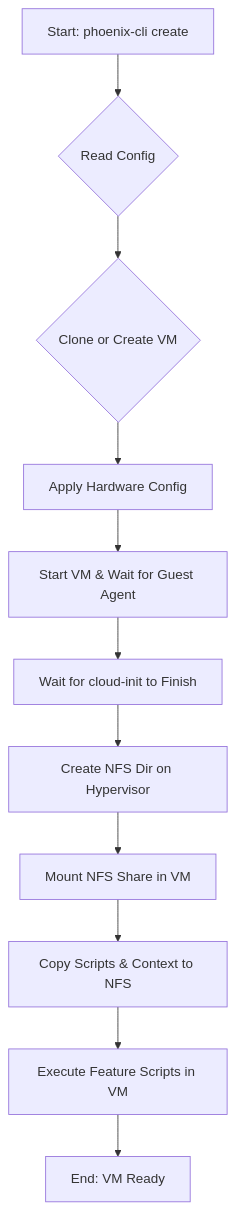
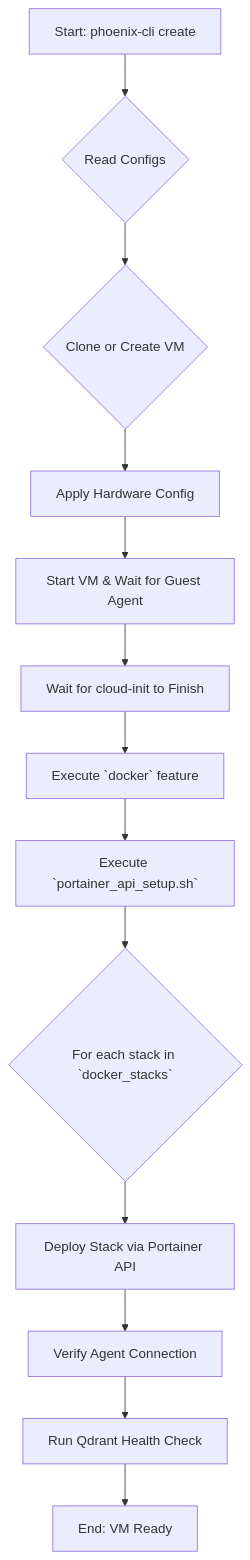
Before and after one commit to SirHeads/Testing-ideas: the diagram in Thinkheads.AI_docs/03_phoenix_hypervisor_implementation/00_guides/15_vm_creation_guide.md, drawn with Mermaid. The commit also changed other lines of this file and 31 other files, not shown here.

````diff
--- a/Thinkheads.AI_docs/03_phoenix_hypervisor_implementation/00_guides/15_vm_creation_guide.md
+++ b/Thinkheads.AI_docs/03_phoenix_hypervisor_implementation/00_guides/15_vm_creation_guide.md
@@ -96,13 +93,15 @@
 ```mermaid
 graph TD
-    A[Start: phoenix-cli create <VM_ID>] --> B{Read Config};
+    A[Start: phoenix-cli create <VM_ID>] --> B{Read Configs};
     B --> C{Clone or Create VM};
     C --> D[Apply Hardware Config];
     D --> E[Start VM & Wait for Guest Agent];
     E --> F[Wait for cloud-init to Finish];
-    F --> G[Create NFS Dir on Hypervisor];
-    G --> H[Mount NFS Share in VM];
-    H --> I[Copy Scripts & Context to NFS];
-    I --> J[Execute Feature Scripts in VM];
-    J --> K[End: VM Ready];
+    F --> G[Execute `docker` feature];
+    G --> H[Execute `portainer_api_setup.sh`];
+    H --> I{For each stack in `docker_stacks`};
+    I --> J[Deploy Stack via Portainer API];
+    J --> K[Verify Agent Connection];
+    K --> L[Run Qdrant Health Check];
+    L --> M[End: VM Ready];
 ```
````
